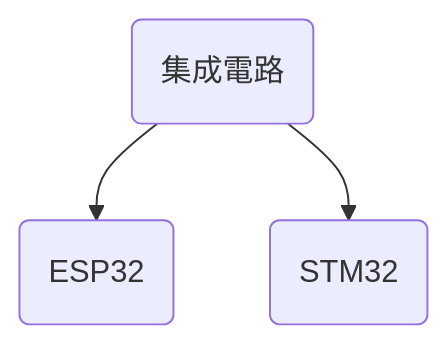
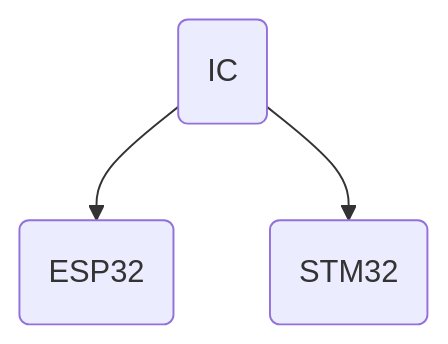
Before and after one commit to hkdickyko/hkdickyko.github.io: the diagram in _posts/2021-09-30-jekyll.md, drawn with Mermaid.

```diff
--- a/_posts/2021-09-30-jekyll.md
+++ b/_posts/2021-09-30-jekyll.md
@@ -93,8 +93,8 @@
 <div class="mermaid">
 graph TD
-    A(集成電路)
+    A(IC)
     B(ESP32)
     C(STM32)
     A-->B
     A-->C
 </div>
```
